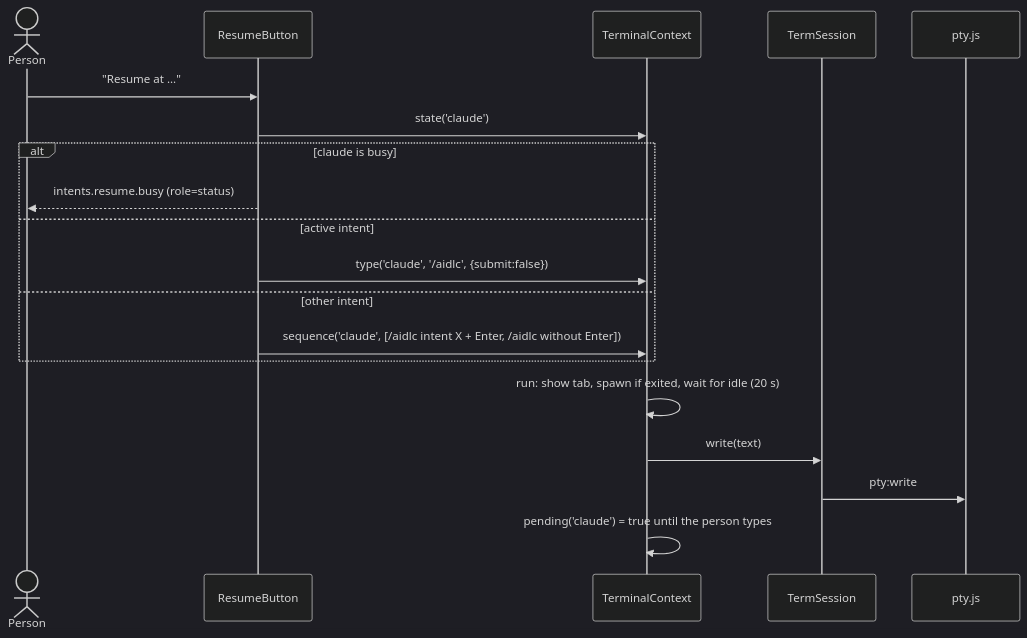
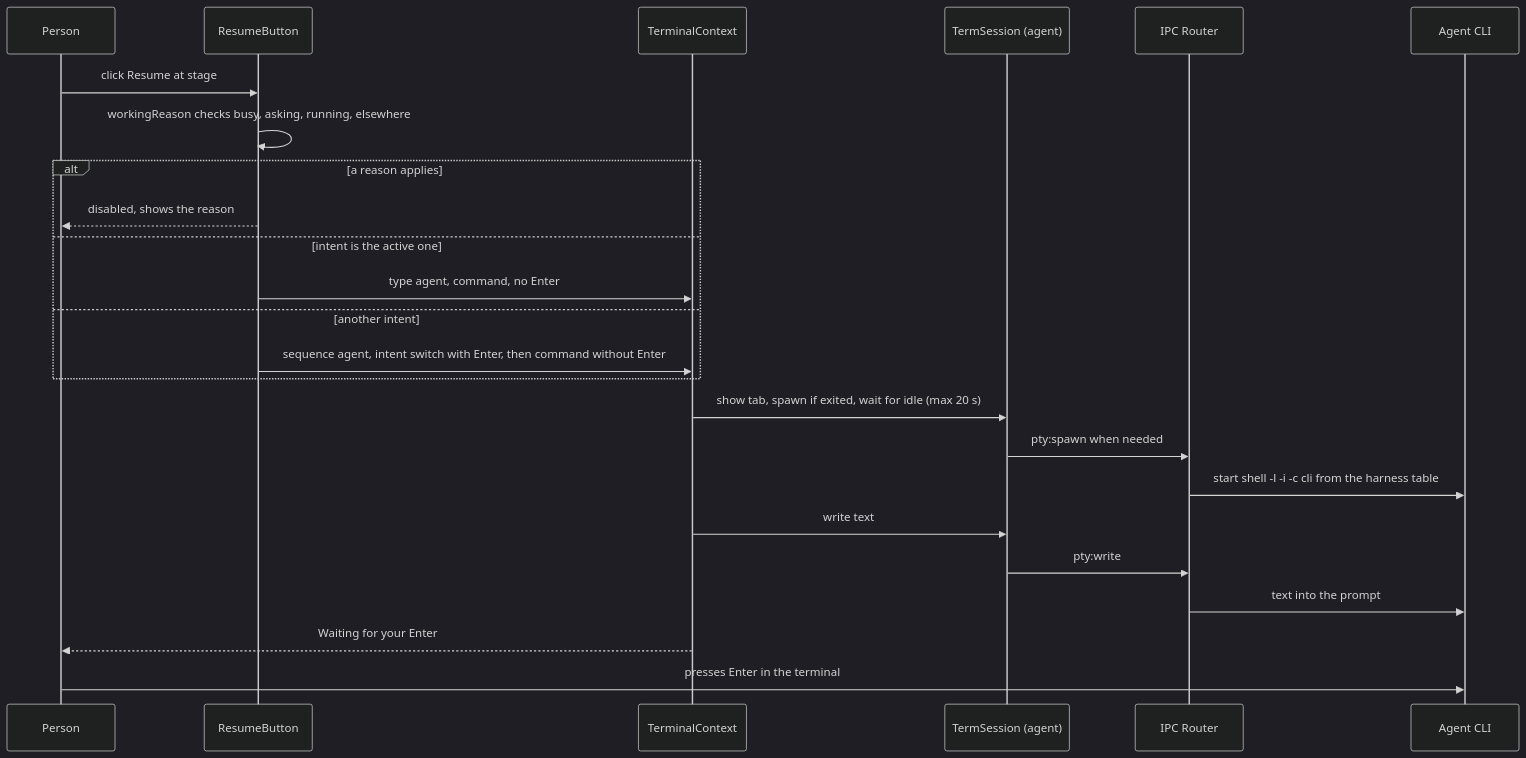
One commit to tochman/ai-dlc-thadeus changed the third of 4 diagrams in aidlc/spaces/default/codekb/aidlc-dash/architecture.md. Above: the diagram before and after it, drawn with Mermaid (dark theme). The commit also changed other lines of this file and 495 other files, not shown here.

````diff
--- a/aidlc/spaces/default/codekb/aidlc-dash/architecture.md
+++ b/aidlc/spaces/default/codekb/aidlc-dash/architecture.md
@@ -200,21 +157,26 @@
 ```mermaid
 sequenceDiagram
-  actor Person
+  participant P as Person
   participant RB as ResumeButton
   participant TC as TerminalContext
-  participant TS as TermSession
-  participant PTY as pty.js
-  Person->>RB: "Resume at ..."
-  RB->>TC: state('claude')
-  alt claude is busy
-    RB-->>Person: intents.resume.busy (role=status)
-  else active intent
-    RB->>TC: type('claude', '/aidlc', {submit:false})
-  else other intent
-    RB->>TC: sequence('claude', [/aidlc intent X + Enter, /aidlc without Enter])
+  participant TP as TermSession (agent)
+  participant IPC as IPC Router
+  participant AG as Agent CLI
+  P->>RB: click Resume at stage
+  RB->>RB: workingReason checks busy, asking, running, elsewhere
+  alt a reason applies
+    RB-->>P: disabled, shows the reason
+  else intent is the active one
+    RB->>TC: type agent, command, no Enter
+  else another intent
+    RB->>TC: sequence agent, intent switch with Enter, then command without Enter
   end
-  TC->>TC: run: show tab, spawn if exited, wait for idle (20 s)
-  TC->>TS: write(text)
-  TS->>PTY: pty:write
-  TC->>TC: pending('claude') = true until the person types
+  TC->>TP: show tab, spawn if exited, wait for idle (max 20 s)
+  TP->>IPC: pty:spawn when needed
+  IPC->>AG: start shell -l -i -c cli from the harness table
+  TC->>TP: write text
+  TP->>IPC: pty:write
+  IPC->>AG: text into the prompt
+  TC-->>P: Waiting for your Enter
+  P->>AG: presses Enter in the terminal
 ```
````
